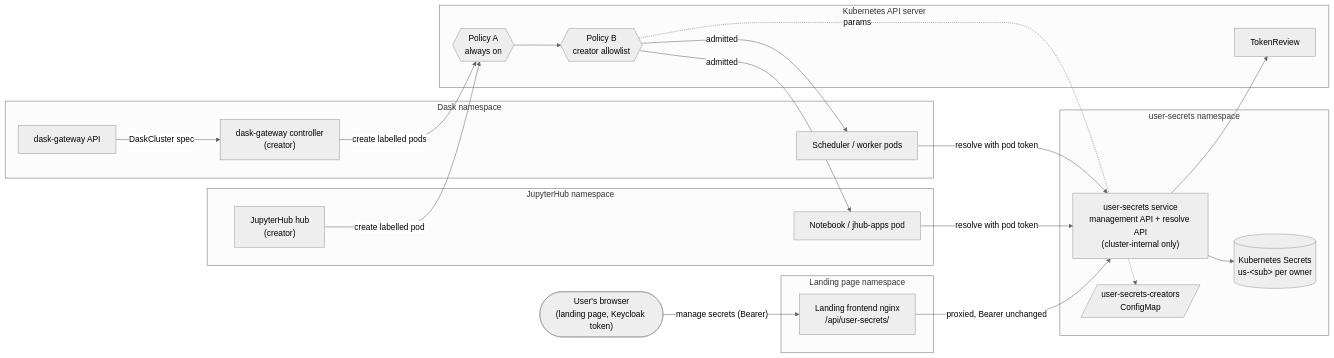
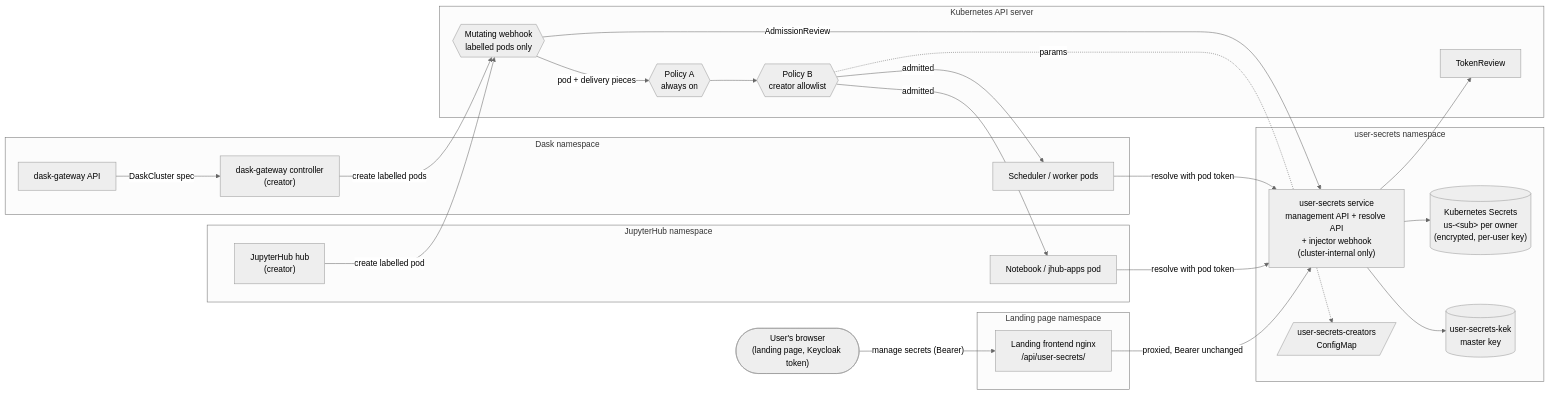
The first of 8 diagrams in docs/design/user-secrets.md (nebari-dev/nebari-user-secrets), drawn with Mermaid (neutral theme) before and after one commit. The commit also changed other lines of this file and 2 other files, not shown here.

First line of the commit message:
docs: encrypt per user, inject delivery pieces, use NIC's cluster CA

````diff
--- a/docs/design/user-secrets.md
+++ b/docs/design/user-secrets.md
@@ -54,40 +58,45 @@
 ```mermaid
 flowchart LR
     user(["User's browser<br/>(landing page, Keycloak token)"])
     subgraph landns["Landing page namespace"]
         nginx["Landing frontend nginx<br/>/api/user-secrets/"]
     end
     subgraph svcns["user-secrets namespace"]
-        svc["user-secrets service<br/>management API + resolve API<br/>(cluster-internal only)"]
-        store[("Kubernetes Secrets<br/>us-&lt;sub&gt; per owner")]
+        svc["user-secrets service<br/>management API + resolve API<br/>+ injector webhook<br/>(cluster-internal only)"]
+        store[("Kubernetes Secrets<br/>us-&lt;sub&gt; per owner<br/>(encrypted, per-user key)")]
+        kek[("user-secrets-kek<br/>master key")]
         cm[/"user-secrets-creators<br/>ConfigMap"/]
     end
     subgraph api["Kubernetes API server"]
+        mut{{"Mutating webhook<br/>labelled pods only"}}
         polA{{"Policy A<br/>always on"}}
         polB{{"Policy B<br/>creator allowlist"}}
         tr["TokenReview"]
     end
     subgraph hubns["JupyterHub namespace"]
         hub["JupyterHub hub<br/>(creator)"]
         nb["Notebook / jhub-apps pod"]
     end
     subgraph daskns["Dask namespace"]
         dgapi["dask-gateway API"]
         dgctl["dask-gateway controller<br/>(creator)"]
         dw["Scheduler / worker pods"]
     end
 
     user -->|"manage secrets (Bearer)"| nginx
     nginx -->|"proxied, Bearer unchanged"| svc
     svc --> store
-    hub -->|"create labelled pod"| polA
+    svc --> kek
+    hub -->|"create labelled pod"| mut
     dgapi -->|"DaskCluster spec"| dgctl
-    dgctl -->|"create labelled pods"| polA
+    dgctl -->|"create labelled pods"| mut
+    mut -->|"AdmissionReview"| svc
+    mut -->|"pod + delivery pieces"| polA
     polA --> polB
     polB -. "params" .-> cm
     polB -->|"admitted"| nb
     polB -->|"admitted"| dw
     nb -->|"resolve with pod token"| svc
     dw -->|"resolve with pod token"| svc
     svc --> tr
 ```
````
